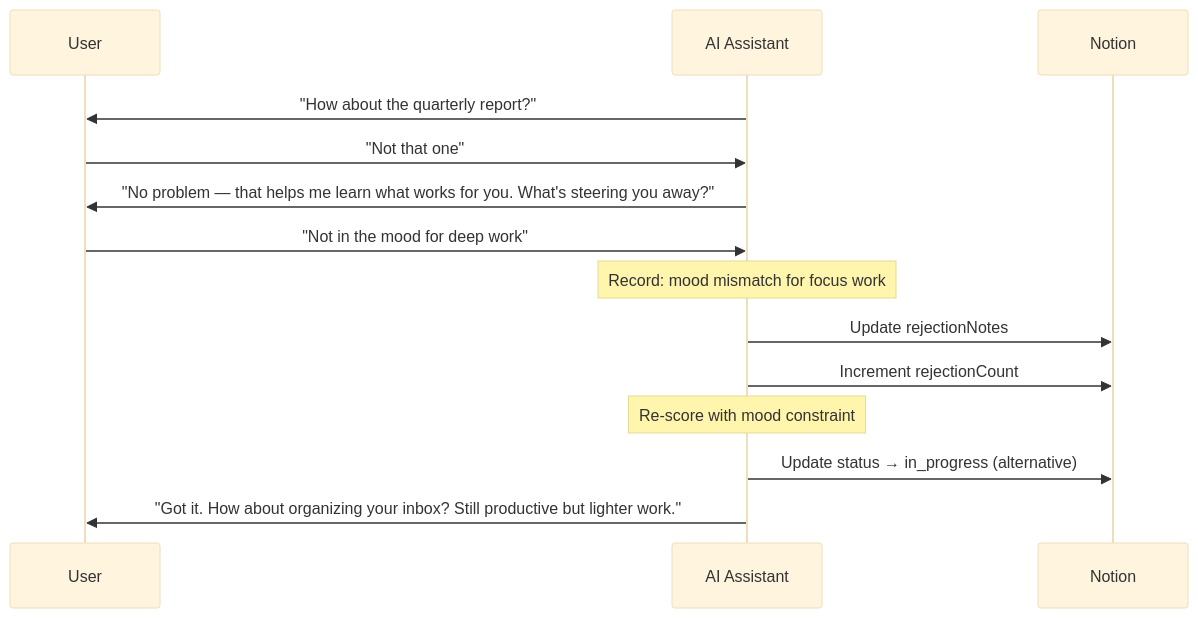
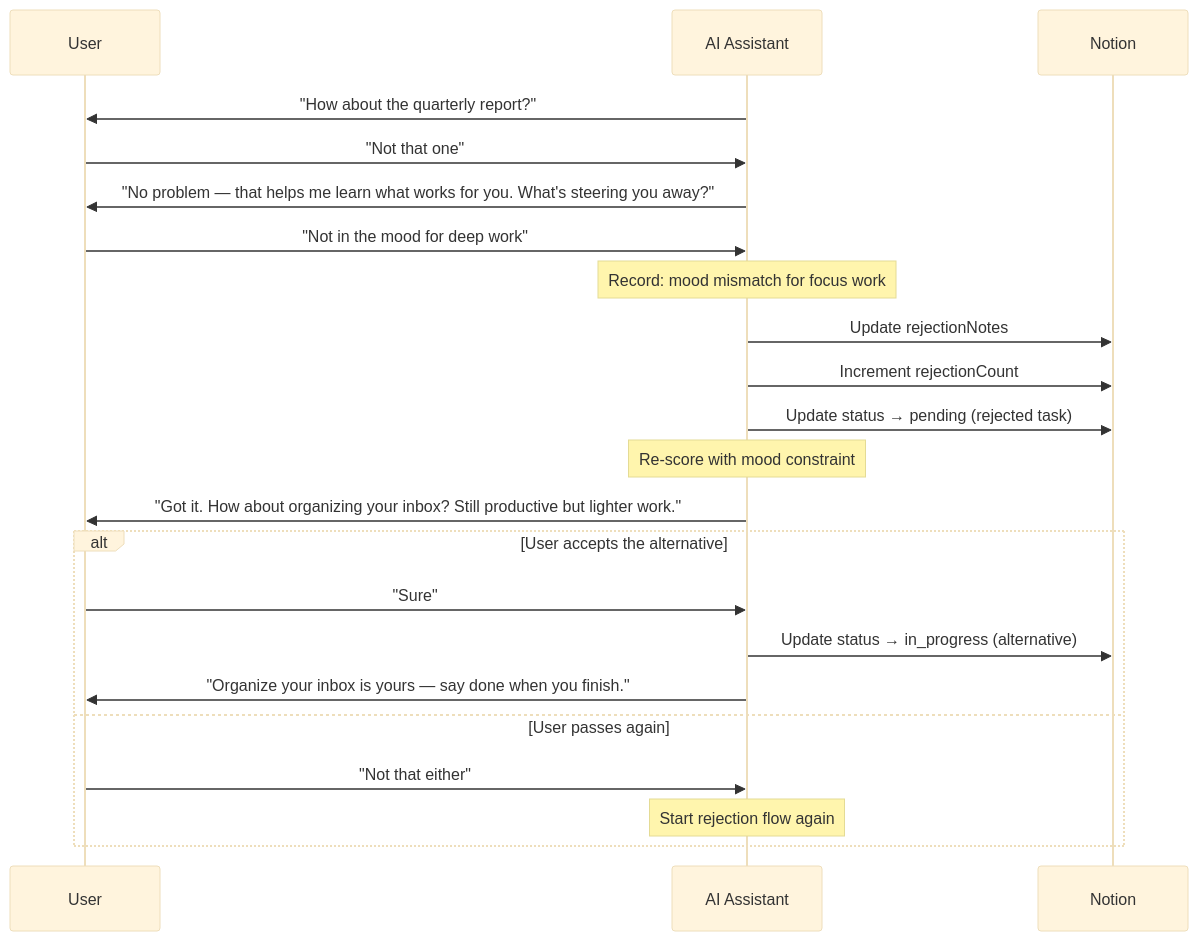
Diagram 11 of 28 in docs/user-interactions.md (NickBorgersProbably/hide-my-list), drawn with Mermaid (base theme) before and after one commit. The commit also changed other lines of this file and 18 other files, not shown here.

````diff
--- a/docs/user-interactions.md
+++ b/docs/user-interactions.md
@@ -438,22 +450,31 @@
 ```mermaid
 sequenceDiagram
     participant U as User
     participant AI as AI Assistant
     participant N as Notion
 
     AI->>U: "How about the quarterly report?"
     U->>AI: "Not that one"
 
     AI->>U: "No problem — that helps me learn what works for you. What's steering you away?"
     U->>AI: "Not in the mood for deep work"
 
     Note over AI: Record: mood mismatch for focus work
 
     AI->>N: Update rejectionNotes
     AI->>N: Increment rejectionCount
+    AI->>N: Update status → pending (rejected task)
 
     Note over AI: Re-score with mood constraint
 
-    AI->>N: Update status → in_progress (alternative)
     AI->>U: "Got it. How about organizing your inbox? Still productive but lighter work."
+
+    alt User accepts the alternative
+        U->>AI: "Sure"
+        AI->>N: Update status → in_progress (alternative)
+        AI->>U: "Organize your inbox is yours — say done when you finish."
+    else User passes again
+        U->>AI: "Not that either"
+        Note over AI: Start rejection flow again
+    end
 ```
````
